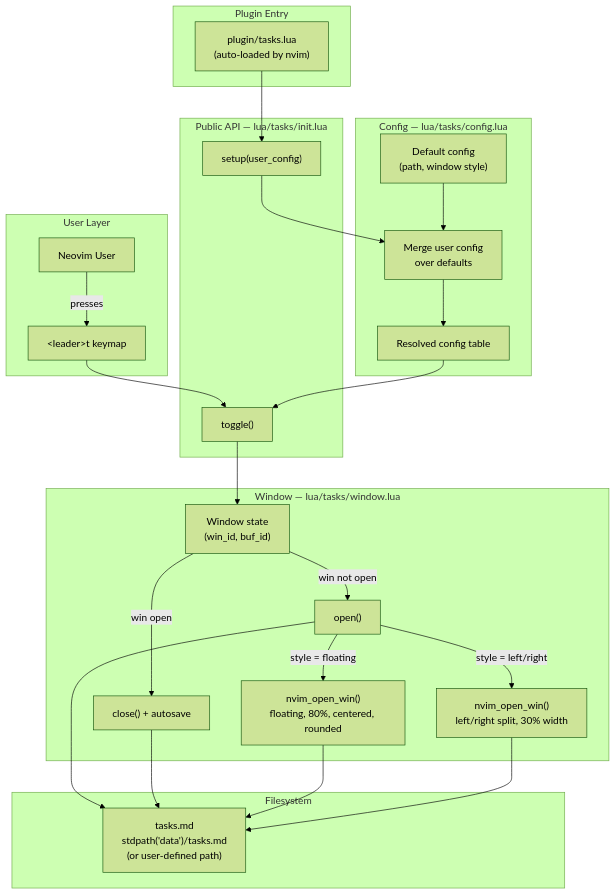
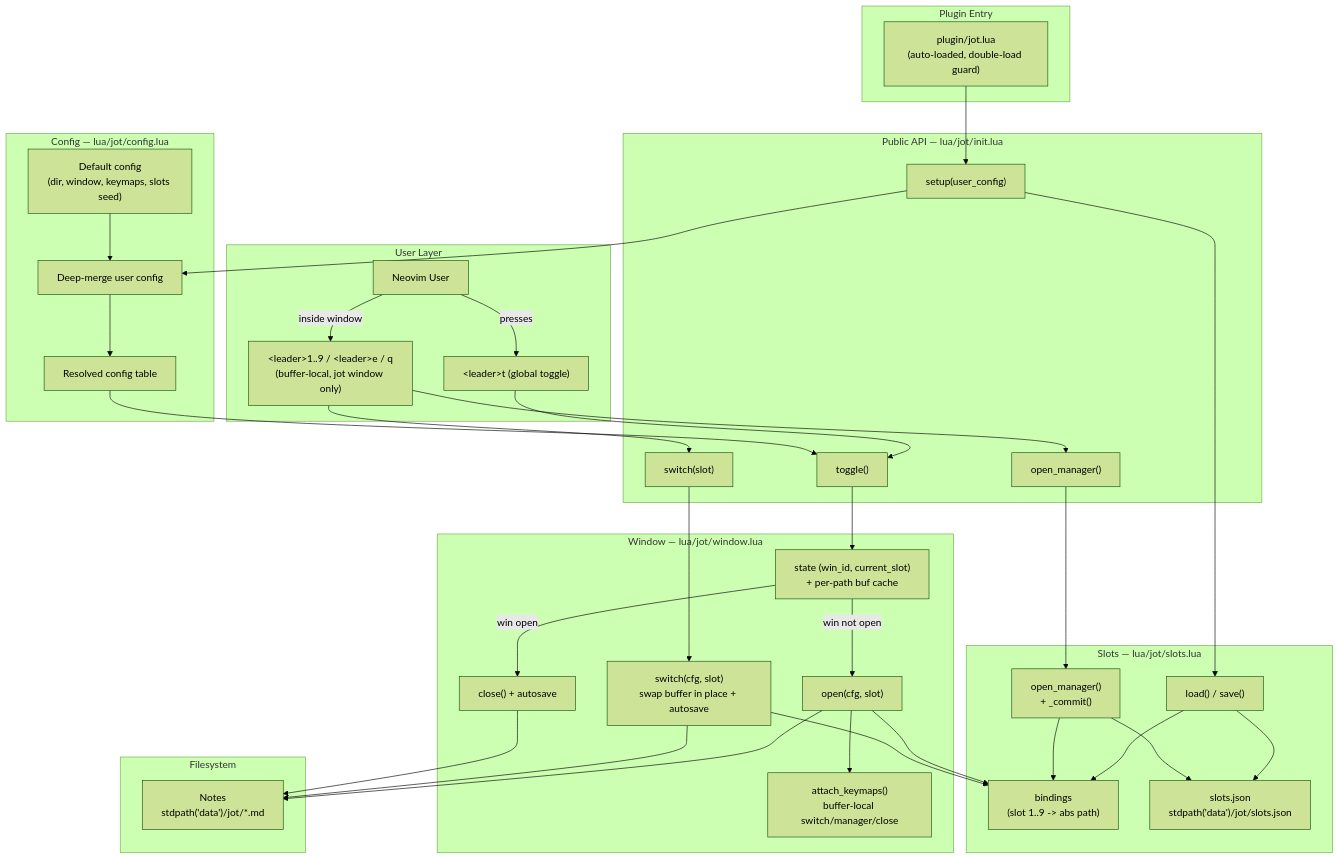
The diagram in docs/architecture.mermaid (NeoXavier/jot.nvim), drawn with Mermaid (forest theme) before and after one commit. The commit also changed 3 other files, not shown here.

```diff
--- a/docs/architecture.mermaid
+++ b/docs/architecture.mermaid
@@ -1,49 +1,69 @@
 graph TD
     subgraph "User Layer"
         U[Neovim User]
-        KM["&lt;leader&gt;t keymap"]
+        KM["&lt;leader&gt;t (global toggle)"]
+        BK["&lt;leader&gt;1..9 / &lt;leader&gt;e / q<br/>(buffer-local, jot window only)"]
     end
 
     subgraph "Plugin Entry"
-        P["plugin/tasks.lua<br/>(auto-loaded by nvim)"]
+        P["plugin/jot.lua<br/>(auto-loaded, double-load guard)"]
     end
 
-    subgraph "Public API — lua/tasks/init.lua"
+    subgraph "Public API — lua/jot/init.lua"
         SETUP["setup(user_config)"]
         TOGGLE["toggle()"]
+        SWITCH["switch(slot)"]
+        MGR["open_manager()"]
     end
 
-    subgraph "Config — lua/tasks/config.lua"
-        DEFAULTS["Default config<br/>(path, window style)"]
-        MERGE["Merge user config<br/>over defaults"]
+    subgraph "Config — lua/jot/config.lua"
+        DEFAULTS["Default config<br/>(dir, window, keymaps, slots seed)"]
+        MERGE["Deep-merge user config"]
         CFG["Resolved config table"]
     end
 
-    subgraph "Window — lua/tasks/window.lua"
-        STATE["Window state<br/>(win_id, buf_id)"]
-        OPEN["open()"]
+    subgraph "Slots — lua/jot/slots.lua"
+        BIND["bindings<br/>(slot 1..9 -> abs path)"]
+        LOAD["load() / save()"]
+        MANAGER["open_manager()<br/>+ _commit()"]
+        JSON["slots.json<br/>stdpath('data')/jot/slots.json"]
+    end
+
+    subgraph "Window — lua/jot/window.lua"
+        STATE["state (win_id, current_slot)<br/>+ per-path buf cache"]
+        OPEN["open(cfg, slot)"]
+        SW["switch(cfg, slot)<br/>swap buffer in place + autosave"]
         CLOSE["close() + autosave"]
-        FLOAT["nvim_open_win()<br/>floating, 80%, centered, rounded"]
-        SPLIT["nvim_open_win()<br/>left/right split, 30% width"]
+        ATTACH["attach_keymaps()<br/>buffer-local switch/manager/close"]
     end
 
     subgraph "Filesystem"
-        FILE["tasks.md<br/>stdpath('data')/tasks.md<br/>(or user-defined path)"]
+        NOTES["Notes<br/>stdpath('data')/jot/*.md"]
     end
 
     U -->|presses| KM
+    U -->|inside window| BK
     KM --> TOGGLE
+    BK --> SWITCH
+    BK --> MGR
     P --> SETUP
     SETUP --> MERGE
     DEFAULTS --> MERGE
     MERGE --> CFG
+    SETUP --> LOAD
+    LOAD --> JSON
+    LOAD --> BIND
+    MGR --> MANAGER
+    MANAGER --> JSON
+    MANAGER --> BIND
     CFG --> TOGGLE
     TOGGLE --> STATE
     STATE -->|win not open| OPEN
     STATE -->|win open| CLOSE
-    OPEN -->|style = floating| FLOAT
-    OPEN -->|style = left/right| SPLIT
-    OPEN --> FILE
-    CLOSE --> FILE
-    FLOAT --> FILE
-    SPLIT --> FILE
+    SWITCH --> SW
+    OPEN --> BIND
+    SW --> BIND
+    OPEN --> ATTACH
+    OPEN --> NOTES
+    SW --> NOTES
+    CLOSE --> NOTES
```
